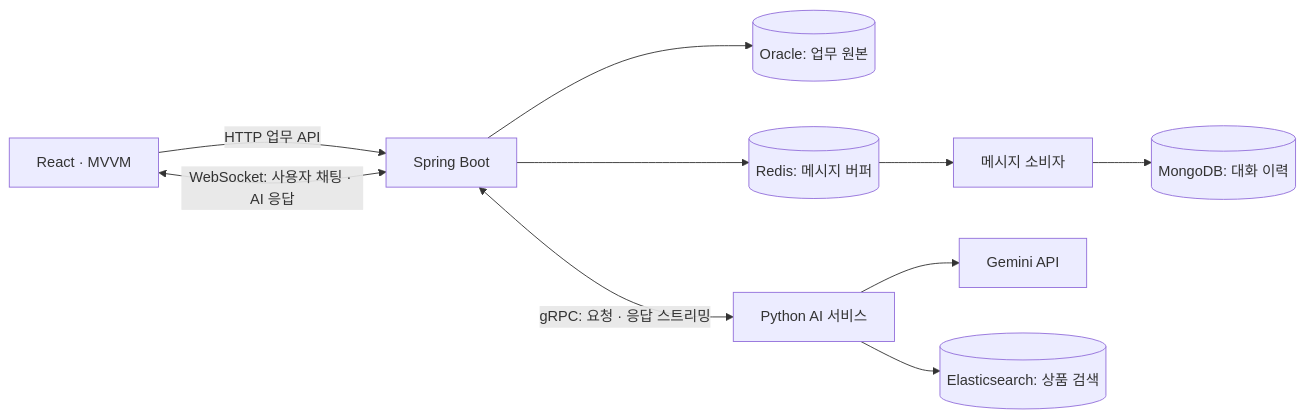
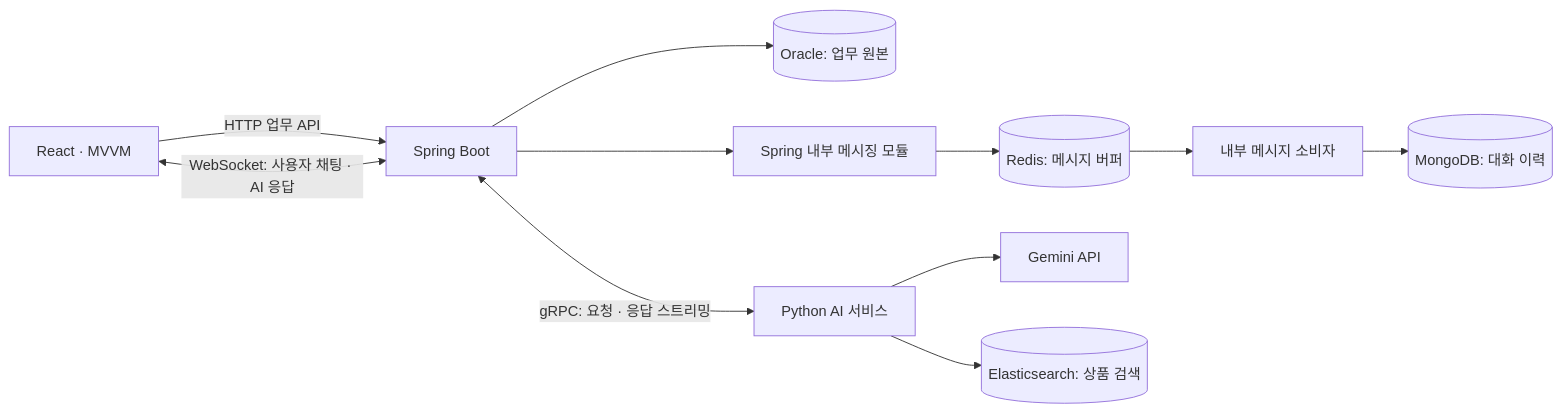
Before and after one commit to geonhui-0125/SoldeskFinalProject-Pika-v2: the diagram in docs/technical-spec.md, drawn with Mermaid. The commit also changed other lines of this file and 3 other files, not shown here.

Commit message:
docs: draft v2 functional requirements and align architecture review

````diff
--- a/docs/technical-spec.md
+++ b/docs/technical-spec.md
@@ -26,12 +29,13 @@
 ```mermaid
 flowchart LR
     UI[React · MVVM] -->|HTTP 업무 API| App[Spring Boot]
     UI <-->|WebSocket: 사용자 채팅 · AI 응답| App
     App --> Oracle[(Oracle: 업무 원본)]
-    App --> Redis[(Redis: 메시지 버퍼)]
-    Redis --> Worker[메시지 소비자]
+    App --> Messaging[Spring 내부 메시징 모듈]
+    Messaging --> Redis[(Redis: 메시지 버퍼)]
+    Redis --> Worker[내부 메시지 소비자]
     Worker --> Mongo[(MongoDB: 대화 이력)]
     App <-->|gRPC: 요청 · 응답 스트리밍| AI[Python AI 서비스]
     AI --> Gemini[Gemini API]
     AI --> Search[(Elasticsearch: 상품 검색)]
 ```
````
